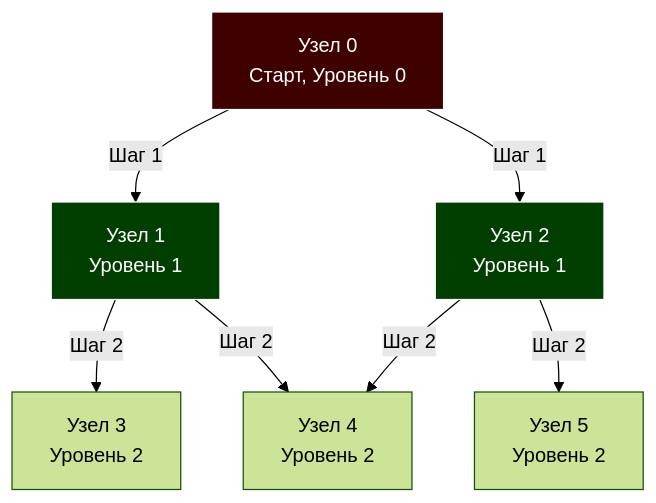
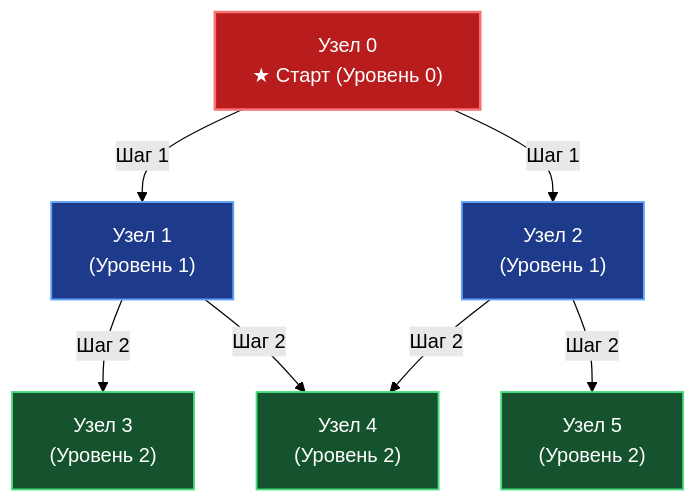
The first of 2 diagrams in sources/20. Алгоритмы и структуры данных (DSA) на Go/11. Графы/2. Поиск в ширину BFS.md (UnrealTemplier/go-textbook), drawn with Mermaid (forest theme) before and after one commit. The commit also changed other lines of this file, not shown here.

````diff
--- a/sources/20. Алгоритмы и структуры данных (DSA) на Go/11. Графы/2. Поиск в ширину BFS.md
+++ b/sources/20. Алгоритмы и структуры данных (DSA) на Go/11. Графы/2. Поиск в ширину BFS.md
@@ -12,13 +17,17 @@
 ```mermaid
 flowchart TD
-    L0["Узел 0<br>Старт, Уровень 0"] -->|Шаг 1| L1A["Узел 1<br>Уровень 1"]
-    L0 -->|Шаг 1| L1B["Узел 2<br>Уровень 1"]
-    L1A -->|Шаг 2| L2A["Узел 3<br>Уровень 2"]
-    L1A -->|Шаг 2| L2B["Узел 4<br>Уровень 2"]
+    L0["Узел 0<br>★ Старт (Уровень 0)"] -->|Шаг 1| L1A["Узел 1<br>(Уровень 1)"]
+    L0 -->|Шаг 1| L1B["Узел 2<br>(Уровень 1)"]
+    L1A -->|Шаг 2| L2A["Узел 3<br>(Уровень 2)"]
+    L1A -->|Шаг 2| L2B["Узел 4<br>(Уровень 2)"]
     L1B -->|Шаг 2| L2B
-    L1B -->|Шаг 2| L2C["Узел 5<br>Уровень 2"]
-    
-    style L0 fill:#3f0000,stroke:#fff,color:#fff
-    style L1A fill:#003f00,stroke:#fff,color:#fff
-    style L1B fill:#003f00,stroke:#fff,color:#fff
+    L1B -->|Шаг 2| L2C["Узел 5<br>(Уровень 2)"]
+
+    classDef startNode fill:#b91c1c,stroke:#f87171,stroke-width:2px,color:#ffffff;
+    classDef levelOne fill:#1e3a8a,stroke:#60a5fa,stroke-width:1.5px,color:#ffffff;
+    classDef levelTwo fill:#14532d,stroke:#4ade80,stroke-width:1.5px,color:#ffffff;
+
+    class L0 startNode;
+    class L1A,L1B levelOne;
+    class L2A,L2B,L2C levelTwo;
 ```
````
